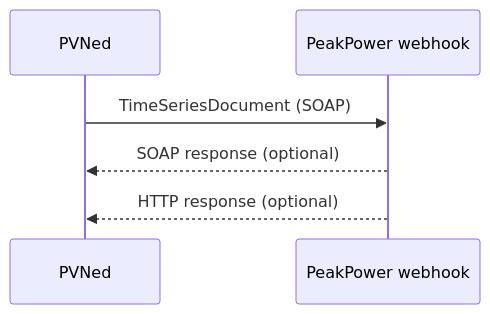
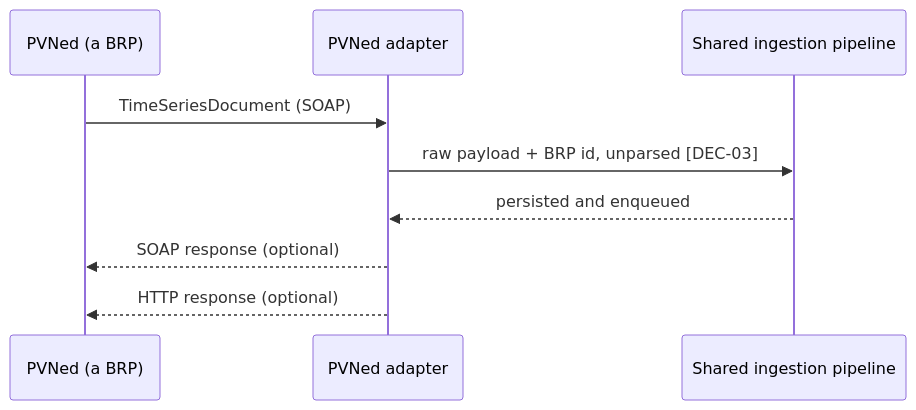
One commit to lukastosic-ifd/peakpowerspecs changed the first of 2 diagrams in specs/30-integrations/01-pvned-timeseries.md. Above: the diagram before and after it, drawn with Mermaid. The commit also changed other lines of this file and 66 other files, not shown here.

````diff
--- a/specs/30-integrations/01-pvned-timeseries.md
+++ b/specs/30-integrations/01-pvned-timeseries.md
@@ -28,8 +39,11 @@
 ```mermaid
 sequenceDiagram
-    participant P as PVNed
-    participant W as PeakPower webhook
-    P->>W: TimeSeriesDocument (SOAP)
-    W-->>P: SOAP response (optional)
-    W-->>P: HTTP response (optional)
+    participant P as PVNed (a BRP)
+    participant A as PVNed adapter
+    participant S as Shared ingestion pipeline
+    P->>A: TimeSeriesDocument (SOAP)
+    A->>S: raw payload + BRP id, unparsed [DEC-03]
+    S-->>A: persisted and enqueued
+    A-->>P: SOAP response (optional)
+    A-->>P: HTTP response (optional)
 ```
````
